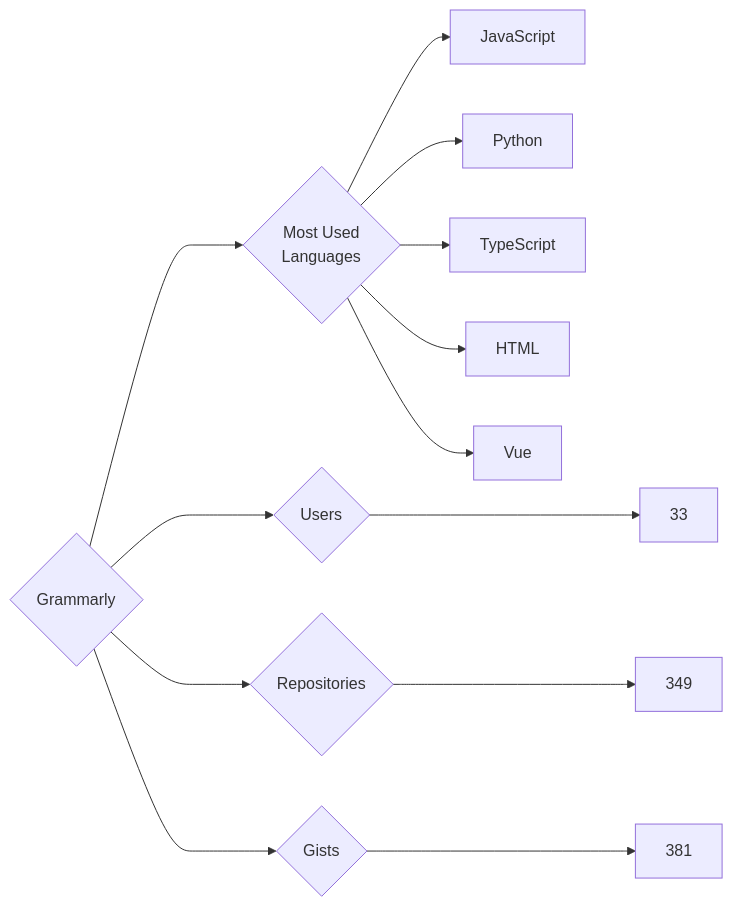
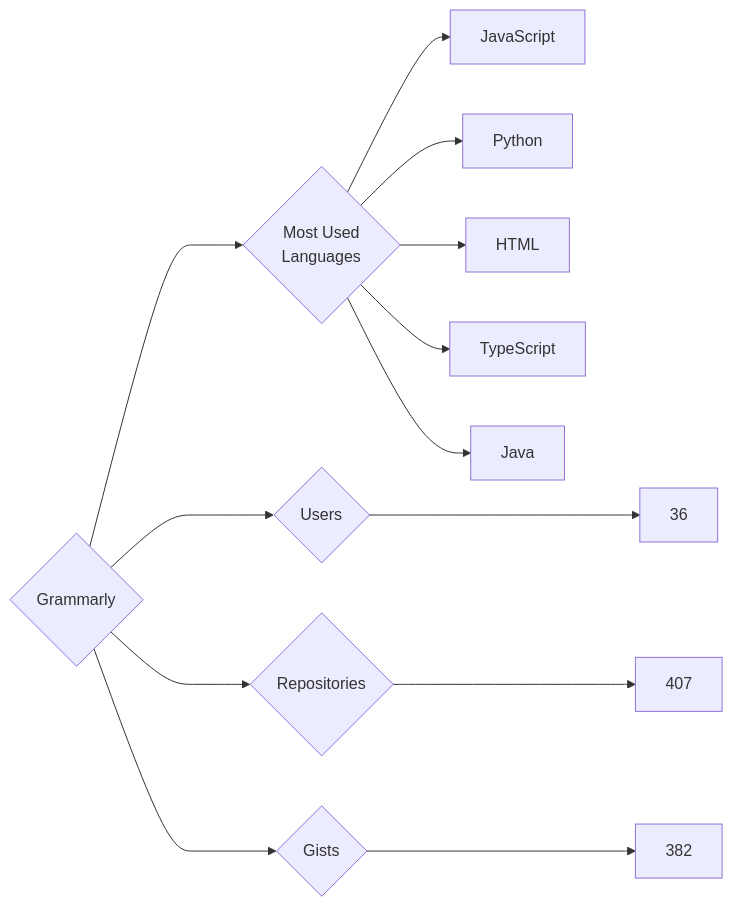
The diagram in targets/Grammarly/README.md (trickest/insiders), drawn with Mermaid before and after one commit. The commit also changed 891 other files, not shown here.

````diff
--- a/targets/Grammarly/README.md
+++ b/targets/Grammarly/README.md
@@ -3,13 +3,13 @@
 ```mermaid
 graph LR
 COMPANY_NAME{Grammarly}
-COMPANY_NAME ---> U{Users} ---> UN[33]
-COMPANY_NAME ---> R{Repositories} ---> RN[349]
-COMPANY_NAME ---> G{Gists} ---> GN[381]
+COMPANY_NAME ---> U{Users} ---> UN[36]
+COMPANY_NAME ---> R{Repositories} ---> RN[407]
+COMPANY_NAME ---> G{Gists} ---> GN[382]
 COMPANY_NAME ---> ML{Most Used<br>Languages}
 ML --> JavaScript[JavaScript]
 ML --> Python[Python]
+ML --> HTML[HTML]
 ML --> TypeScript[TypeScript]
-ML --> HTML[HTML]
-ML --> Vue[Vue]
+ML --> Java[Java]
 ```
````
